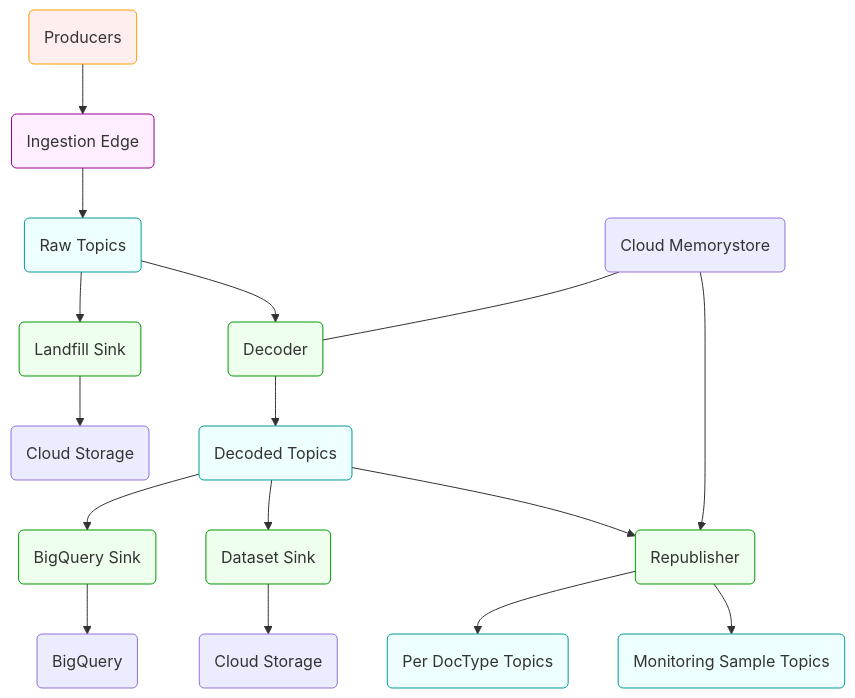
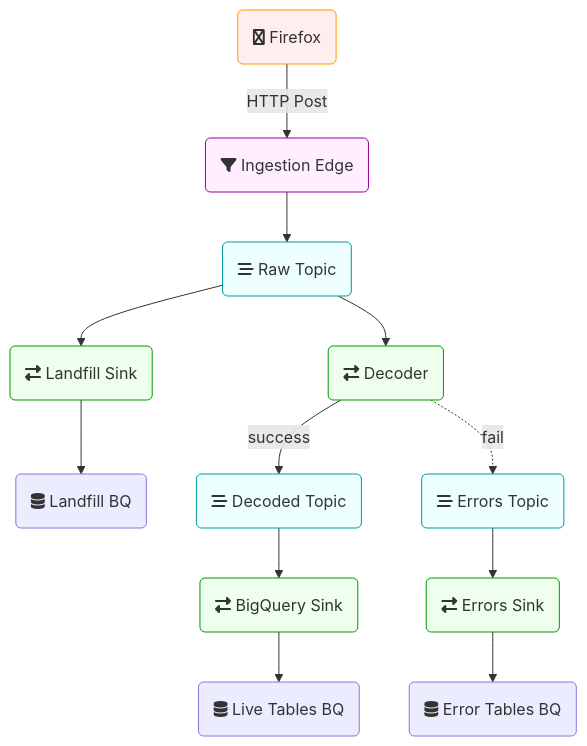
One commit to mozilla/data-docs changed the diagram in src/concepts/pipeline/gcp_data_pipeline.md. Above: the diagram before and after it, drawn with Mermaid. The commit also changed other lines of this file, not shown here.

Commit message:
Simplify the ingestion diagram.

````diff
--- a/src/concepts/pipeline/gcp_data_pipeline.md
+++ b/src/concepts/pipeline/gcp_data_pipeline.md
@@ -10,28 +12,26 @@
 ```mermaid
 graph TD
 
-f1(Producers) --> k1(Ingestion Edge)
-k1 --> p1(Raw Topics)
-p1 --> d1(Landfill Sink)
-d1 --> c1(Cloud Storage)
-p1 --> d2(Decoder)
-m1(Cloud Memorystore) --- d2
-d2 --> p2(Decoded Topics)
-p2 --> d3(BigQuery Sink)
-d3 --> b1(BigQuery)
-p2 --> d4(Dataset Sink)
-d4 --> c2(Cloud Storage)
-p2 --> d5(Republisher)
-m1 --> d5
-d5 --> p5(Per DocType Topics)
-d5 --> p6(Monitoring Sample Topics)
+f1(fa:fa-firefox Firefox) -->|HTTP Post| k1(fa:fa-filter Ingestion Edge)
+k1 --> p1(fa:fa-stream Raw Topic)
+p1 --> d1(fa:fa-exchange-alt Landfill Sink)
+d1 --> b1(fa:fa-database Landfill BQ)
+p1 --> d2(fa:fa-exchange-alt Decoder)
+d2 -->|success| p2(fa:fa-stream Decoded Topic)
+d2 -.->|fail| p3(fa:fa-stream Errors Topic)
+p3 --> d4(fa:fa-exchange-alt Errors Sink)
+p2 --> d3(fa:fa-exchange-alt BigQuery Sink)
+d3 --> b2(fa:fa-database Live Tables BQ)
+d4 --> b3(fa:fa-database Error Tables BQ)
 
-classDef cyan fill:#eff,stroke:#099;
-classDef green fill:#efe,stroke:#090;
-classDef magenta fill:#fef,stroke:#909;
-classDef orange fill:#fee,stroke:#f90;
-class p,p0,p1,p2,p3,p4,p5,p6 cyan
-class d,d0,d1,d2,d3,d4,d5 green
-class k,k0,k1 magenta
-class f,f1 orange
+classDef pubsub fill:#eff,stroke:#099;
+classDef dataflow fill:#efe,stroke:#090;
+classDef kube fill:#fef,stroke:#909;
+classDef producers fill:#fee,stroke:#f90;
+classDef bq fill:#ececff,stroke:#9370db;
+class p1,p2,p3 pubsub
+class d1,d2,d3,d4 dataflow
+class k1 kube
+class f1 producers
+class b1,b2,b3 bq
 ```
````
